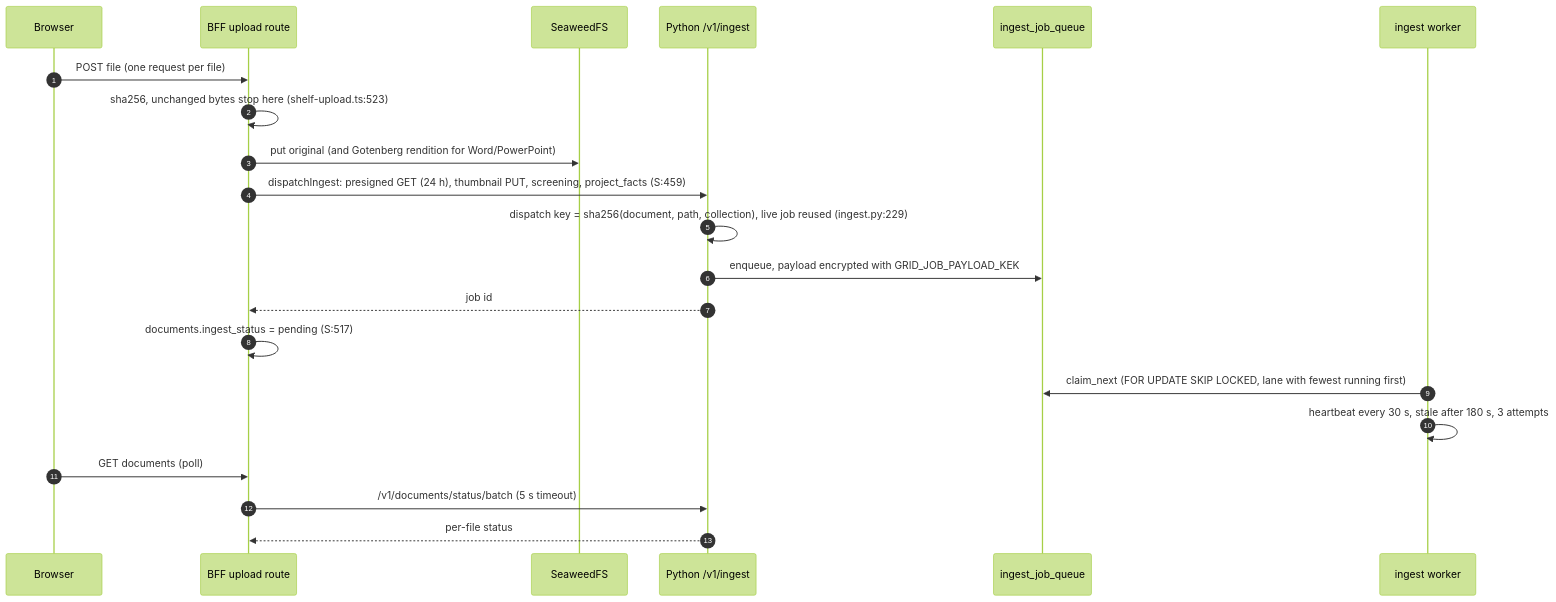
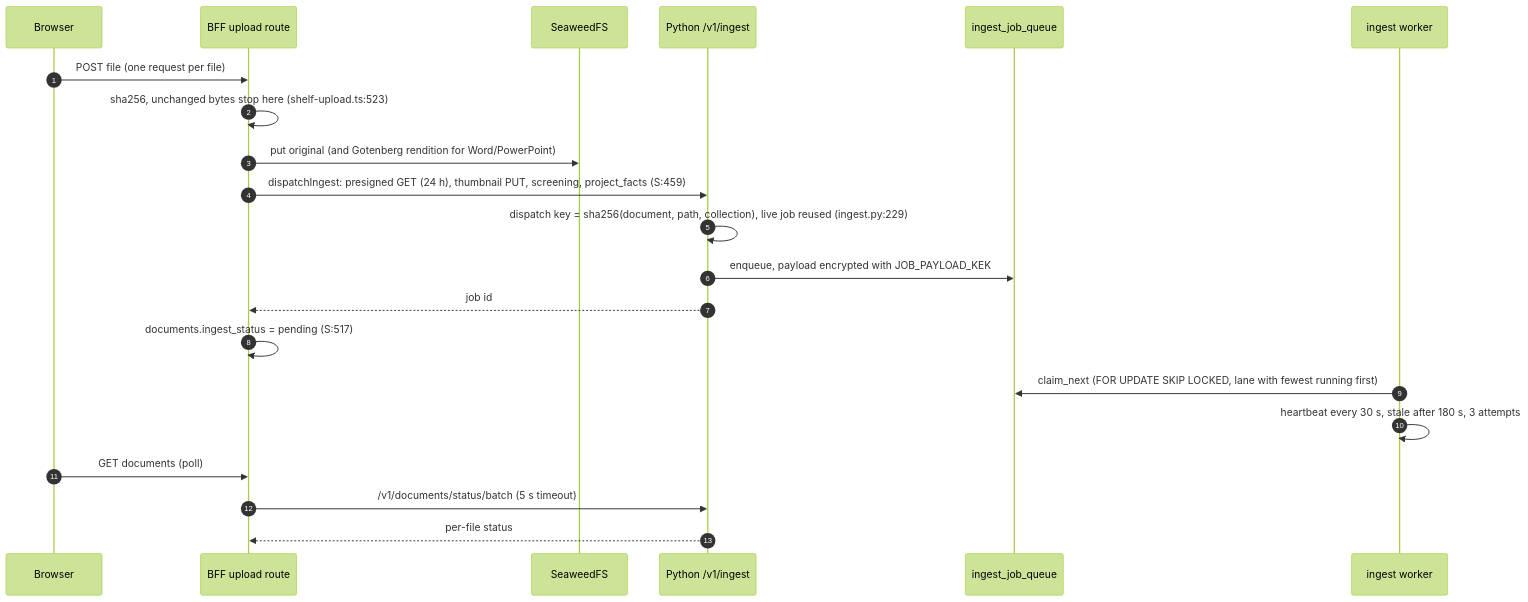
Before and after one commit to GRID-check/archos: the second of 6 diagrams in docs/architecture/ingestion-pipeline.md, drawn with Mermaid (forest theme). The commit also changed other lines of this file and 764 other files, not shown here.

````diff
--- a/docs/architecture/ingestion-pipeline.md
+++ b/docs/architecture/ingestion-pipeline.md
@@ -76,23 +76,23 @@
 ```mermaid
 sequenceDiagram
   autonumber
   participant B as Browser
   participant F as BFF upload route
   participant S as SeaweedFS
   participant P as Python /v1/ingest
   participant Q as ingest_job_queue
   participant W as ingest worker
   B->>F: POST file (one request per file)
   F->>F: sha256, unchanged bytes stop here (shelf-upload.ts:523)
   F->>S: put original (and Gotenberg rendition for Word/PowerPoint)
   F->>P: dispatchIngest: presigned GET (24 h), thumbnail PUT, screening, project_facts (S:459)
   P->>P: dispatch key = sha256(document, path, collection), live job reused (ingest.py:229)
-  P->>Q: enqueue, payload encrypted with GRID_JOB_PAYLOAD_KEK
+  P->>Q: enqueue, payload encrypted with JOB_PAYLOAD_KEK
   P-->>F: job id
   F->>F: documents.ingest_status = pending (S:517)
   W->>Q: claim_next (FOR UPDATE SKIP LOCKED, lane with fewest running first)
   W->>W: heartbeat every 30 s, stale after 180 s, 3 attempts
   B->>F: GET documents (poll)
   F->>P: /v1/documents/status/batch (5 s timeout)
   P-->>F: per-file status
 ```
````
